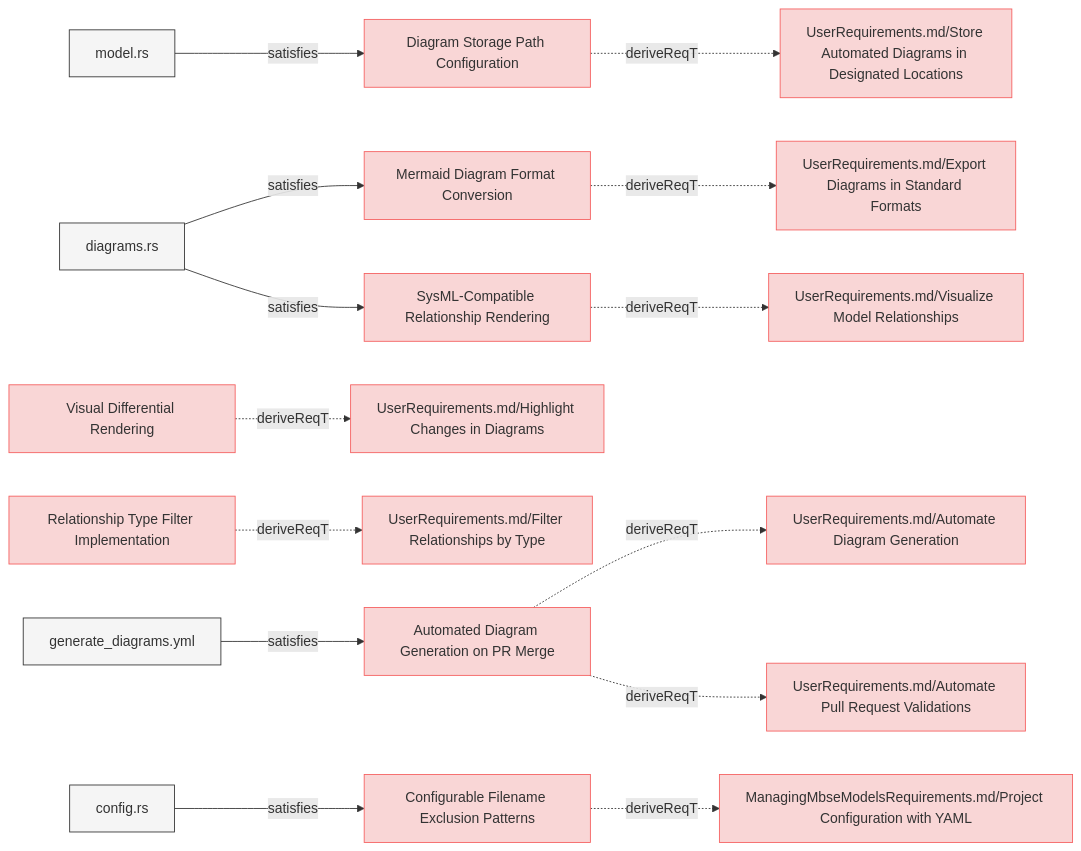
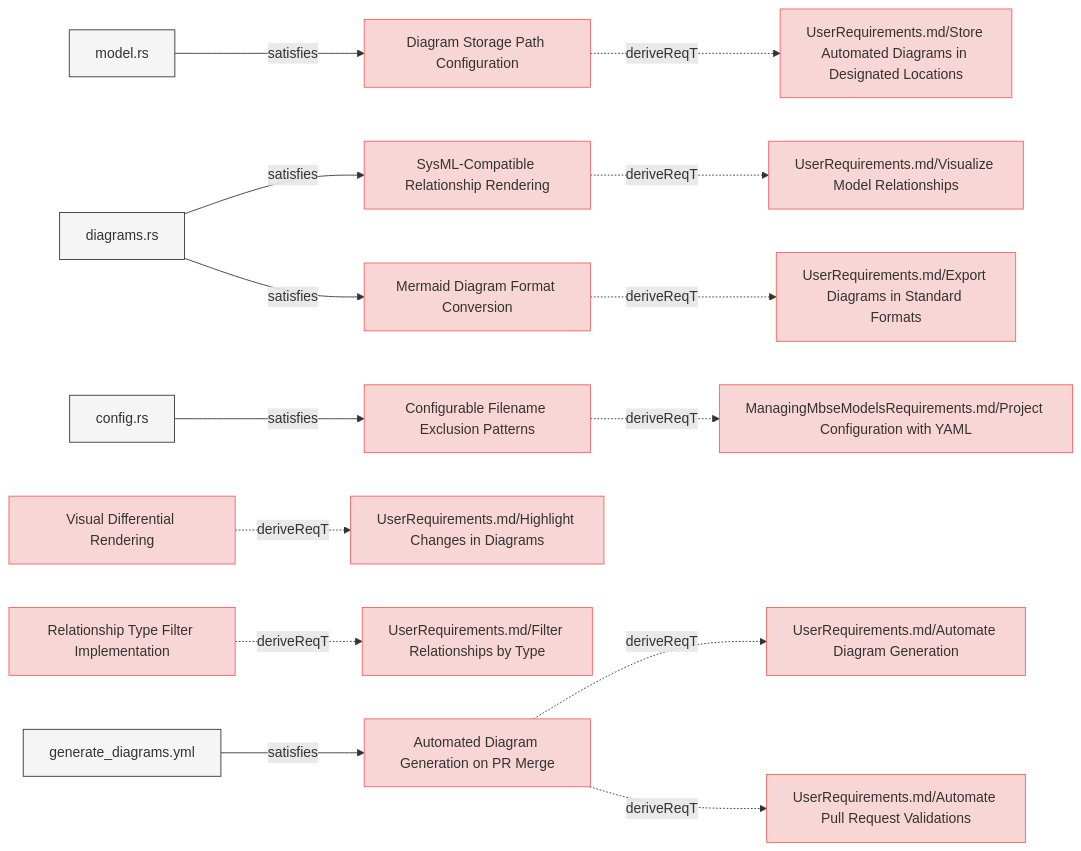
The fifth of 8 diagrams in specifications/SystemRequirements/Requirements.md (reqvire-org/reqvire), drawn with Mermaid before and after one commit. The commit also changed other lines of this file and 16 other files, not shown here.

````diff
--- a/specifications/SystemRequirements/Requirements.md
+++ b/specifications/SystemRequirements/Requirements.md
@@ -507,79 +507,79 @@
 ```mermaid
 graph LR;
   %% Graph styling
   classDef requirement fill:#f9d6d6,stroke:#f55f5f,stroke-width:1px;
   classDef verification fill:#d6f9d6,stroke:#5fd75f,stroke-width:1px;
   classDef externalLink fill:#d0e0ff,stroke:#3080ff,stroke-width:1px;
   classDef default fill:#f5f5f5,stroke:#333333,stroke-width:1px;
 
   cb1ad39c7552a3cd["Diagram Storage Path Configuration"];
-  click cb1ad39c7552a3cd "https://github.com/Reqvire/reqvire/blob/b8c43d2689b933838bf1838d8a4cdf3393c9014f/specifications/SystemRequirements/Requirements.md#diagram-storage-path-configuration";
+  click cb1ad39c7552a3cd "https://github.com/Reqvire/reqvire/blob/92e82ef235559b4819fd85d700024b79b452d8e3/specifications/SystemRequirements/Requirements.md#diagram-storage-path-configuration";
   class cb1ad39c7552a3cd requirement;
   89097c1311055b72["UserRequirements.md/Store Automated Diagrams in Designated Locations"];
   class 89097c1311055b72 requirement;
-  click 89097c1311055b72 "https://github.com/Reqvire/reqvire/blob/b8c43d2689b933838bf1838d8a4cdf3393c9014f/specifications/UserRequirements.md#store-automated-diagrams-in-designated-locations";
+  click 89097c1311055b72 "https://github.com/Reqvire/reqvire/blob/92e82ef235559b4819fd85d700024b79b452d8e3/specifications/UserRequirements.md#store-automated-diagrams-in-designated-locations";
   cb1ad39c7552a3cd -.->|deriveReqT| 89097c1311055b72;
   36fd2b1e82621caf["model.rs"];
   class 36fd2b1e82621caf default;
-  click 36fd2b1e82621caf "https://github.com/Reqvire/reqvire/blob/b8c43d2689b933838bf1838d8a4cdf3393c9014f/core/src/model.rs";
+  click 36fd2b1e82621caf "https://github.com/Reqvire/reqvire/blob/92e82ef235559b4819fd85d700024b79b452d8e3/core/src/model.rs";
   36fd2b1e82621caf -->|satisfies| cb1ad39c7552a3cd;
+  5071808e4276f33a["SysML-Compatible Relationship Rendering"];
+  click 5071808e4276f33a "https://github.com/Reqvire/reqvire/blob/92e82ef235559b4819fd85d700024b79b452d8e3/specifications/SystemRequirements/Requirements.md#sysml-compatible-relationship-rendering";
+  class 5071808e4276f33a requirement;
+  eed0b020b6ddeae1["UserRequirements.md/Visualize Model Relationships"];
+  class eed0b020b6ddeae1 requirement;
+  click eed0b020b6ddeae1 "https://github.com/Reqvire/reqvire/blob/92e82ef235559b4819fd85d700024b79b452d8e3/specifications/UserRequirements.md#visualize-model-relationships";
+  5071808e4276f33a -.->|deriveReqT| eed0b020b6ddeae1;
+  95f7dce6aff47396["diagrams.rs"];
+  class 95f7dce6aff47396 default;
+  click 95f7dce6aff47396 "https://github.com/Reqvire/reqvire/blob/92e82ef235559b4819fd85d700024b79b452d8e3/core/src/diagrams.rs";
+  95f7dce6aff47396 -->|satisfies| 5071808e4276f33a;
   b8208c9b1d6a312a["Mermaid Diagram Format Conversion"];
-  click b8208c9b1d6a312a "https://github.com/Reqvire/reqvire/blob/b8c43d2689b933838bf1838d8a4cdf3393c9014f/specifications/SystemRequirements/Requirements.md#mermaid-diagram-format-conversion";
+  click b8208c9b1d6a312a "https://github.com/Reqvire/reqvire/blob/92e82ef235559b4819fd85d700024b79b452d8e3/specifications/SystemRequirements/Requirements.md#mermaid-diagram-format-conversion";
   class b8208c9b1d6a312a requirement;
   a0274ca0625d8493["UserRequirements.md/Export Diagrams in Standard Formats"];
   class a0274ca0625d8493 requirement;
-  click a0274ca0625d8493 "https://github.com/Reqvire/reqvire/blob/b8c43d2689b933838bf1838d8a4cdf3393c9014f/specifications/UserRequirements.md#export-diagrams-in-standard-formats";
+  click a0274ca0625d8493 "https://github.com/Reqvire/reqvire/blob/92e82ef235559b4819fd85d700024b79b452d8e3/specifications/UserRequirements.md#export-diagrams-in-standard-formats";
   b8208c9b1d6a312a -.->|deriveReqT| a0274ca0625d8493;
-  95f7dce6aff47396["diagrams.rs"];
-  class 95f7dce6aff47396 default;
-  click 95f7dce6aff47396 "https://github.com/Reqvire/reqvire/blob/b8c43d2689b933838bf1838d8a4cdf3393c9014f/core/src/diagrams.rs";
   95f7dce6aff47396 -->|satisfies| b8208c9b1d6a312a;
+  4bf74699f40f4a76["Configurable Filename Exclusion Patterns"];
+  click 4bf74699f40f4a76 "https://github.com/Reqvire/reqvire/blob/92e82ef235559b4819fd85d700024b79b452d8e3/specifications/SystemRequirements/Requirements.md#configurable-filename-exclusion-patterns";
+  class 4bf74699f40f4a76 requirement;
+  b3ef0fb91572bcf0["ManagingMbseModelsRequirements.md/Project Configuration with YAML"];
+  class b3ef0fb91572bcf0 requirement;
+  click b3ef0fb91572bcf0 "https://github.com/Reqvire/reqvire/blob/92e82ef235559b4819fd85d700024b79b452d8e3/specifications/ManagingMbseModelsRequirements.md#project-configuration-with-yaml";
+  4bf74699f40f4a76 -.->|deriveReqT| b3ef0fb91572bcf0;
+  d89f4b0d2edaac20["config.rs"];
+  class d89f4b0d2edaac20 default;
+  click d89f4b0d2edaac20 "https://github.com/Reqvire/reqvire/blob/92e82ef235559b4819fd85d700024b79b452d8e3/cli/src/config.rs";
+  d89f4b0d2edaac20 -->|satisfies| 4bf74699f40f4a76;
   d812c13722abb71d["Visual Differential Rendering"];
-  click d812c13722abb71d "https://github.com/Reqvire/reqvire/blob/b8c43d2689b933838bf1838d8a4cdf3393c9014f/specifications/SystemRequirements/Requirements.md#visual-differential-rendering";
+  click d812c13722abb71d "https://github.com/Reqvire/reqvire/blob/92e82ef235559b4819fd85d700024b79b452d8e3/specifications/SystemRequirements/Requirements.md#visual-differential-rendering";
   class d812c13722abb71d requirement;
   ac914f743d73674e["UserRequirements.md/Highlight Changes in Diagrams"];
   class ac914f743d73674e requirement;
-  click ac914f743d73674e "https://github.com/Reqvire/reqvire/blob/b8c43d2689b933838bf1838d8a4cdf3393c9014f/specifications/UserRequirements.md#highlight-changes-in-diagrams";
+  click ac914f743d73674e "https://github.com/Reqvire/reqvire/blob/92e82ef235559b4819fd85d700024b79b452d8e3/specifications/UserRequirements.md#highlight-changes-in-diagrams";
   d812c13722abb71d -.->|deriveReqT| ac914f743d73674e;
-  5071808e4276f33a["SysML-Compatible Relationship Rendering"];
-  click 5071808e4276f33a "https://github.com/Reqvire/reqvire/blob/b8c43d2689b933838bf1838d8a4cdf3393c9014f/specifications/SystemRequirements/Requirements.md#sysml-compatible-relationship-rendering";
-  class 5071808e4276f33a requirement;
-  eed0b020b6ddeae1["UserRequirements.md/Visualize Model Relationships"];
-  class eed0b020b6ddeae1 requirement;
-  click eed0b020b6ddeae1 "https://github.com/Reqvire/reqvire/blob/b8c43d2689b933838bf1838d8a4cdf3393c9014f/specifications/UserRequirements.md#visualize-model-relationships";
-  5071808e4276f33a -.->|deriveReqT| eed0b020b6ddeae1;
-  95f7dce6aff47396 -->|satisfies| 5071808e4276f33a;
   bd72564894314bf6["Relationship Type Filter Implementation"];
-  click bd72564894314bf6 "https://github.com/Reqvire/reqvire/blob/b8c43d2689b933838bf1838d8a4cdf3393c9014f/specifications/SystemRequirements/Requirements.md#relationship-type-filter-implementation";
+  click bd72564894314bf6 "https://github.com/Reqvire/reqvire/blob/92e82ef235559b4819fd85d700024b79b452d8e3/specifications/SystemRequirements/Requirements.md#relationship-type-filter-implementation";
   class bd72564894314bf6 requirement;
   66e9d8186acafd13["UserRequirements.md/Filter Relationships by Type"];
   class 66e9d8186acafd13 requirement;
-  click 66e9d8186acafd13 "https://github.com/Reqvire/reqvire/blob/b8c43d2689b933838bf1838d8a4cdf3393c9014f/specifications/UserRequirements.md#filter-relationships-by-type";
+  click 66e9d8186acafd13 "https://github.com/Reqvire/reqvire/blob/92e82ef235559b4819fd85d700024b79b452d8e3/specifications/UserRequirements.md#filter-relationships-by-type";
   bd72564894314bf6 -.->|deriveReqT| 66e9d8186acafd13;
   793154acc336992c["Automated Diagram Generation on PR Merge"];
-  click 793154acc336992c "https://github.com/Reqvire/reqvire/blob/b8c43d2689b933838bf1838d8a4cdf3393c9014f/specifications/SystemRequirements/Requirements.md#automated-diagram-generation-on-pr-merge";
+  click 793154acc336992c "https://github.com/Reqvire/reqvire/blob/92e82ef235559b4819fd85d700024b79b452d8e3/specifications/SystemRequirements/Requirements.md#automated-diagram-generation-on-pr-merge";
   class 793154acc336992c requirement;
   c522cf4c404bdc24["UserRequirements.md/Automate Diagram Generation"];
   class c522cf4c404bdc24 requirement;
-  click c522cf4c404bdc24 "https://github.com/Reqvire/reqvire/blob/b8c43d2689b933838bf1838d8a4cdf3393c9014f/specifications/UserRequirements.md#automate-diagram-generation";
+  click c522cf4c404bdc24 "https://github.com/Reqvire/reqvire/blob/92e82ef235559b4819fd85d700024b79b452d8e3/specifications/UserRequirements.md#automate-diagram-generation";
   793154acc336992c -.->|deriveReqT| c522cf4c404bdc24;
   b41f362e18fb2449["UserRequirements.md/Automate Pull Request Validations"];
   class b41f362e18fb2449 requirement;
-  click b41f362e18fb2449 "https://github.com/Reqvire/reqvire/blob/b8c43d2689b933838bf1838d8a4cdf3393c9014f/specifications/UserRequirements.md#automate-pull-request-validations";
+  click b41f362e18fb2449 "https://github.com/Reqvire/reqvire/blob/92e82ef235559b4819fd85d700024b79b452d8e3/specifications/UserRequirements.md#automate-pull-request-validations";
   793154acc336992c -.->|deriveReqT| b41f362e18fb2449;
   fdd29f919065644d["generate_diagrams.yml"];
   class fdd29f919065644d default;
-  click fdd29f919065644d "https://github.com/Reqvire/reqvire/blob/b8c43d2689b933838bf1838d8a4cdf3393c9014f/.github/workflows/generate_diagrams.yml";
+  click fdd29f919065644d "https://github.com/Reqvire/reqvire/blob/92e82ef235559b4819fd85d700024b79b452d8e3/.github/workflows/generate_diagrams.yml";
   fdd29f919065644d -->|satisfies| 793154acc336992c;
-  4bf74699f40f4a76["Configurable Filename Exclusion Patterns"];
-  click 4bf74699f40f4a76 "https://github.com/Reqvire/reqvire/blob/b8c43d2689b933838bf1838d8a4cdf3393c9014f/specifications/SystemRequirements/Requirements.md#configurable-filename-exclusion-patterns";
-  class 4bf74699f40f4a76 requirement;
-  b3ef0fb91572bcf0["ManagingMbseModelsRequirements.md/Project Configuration with YAML"];
-  class b3ef0fb91572bcf0 requirement;
-  click b3ef0fb91572bcf0 "https://github.com/Reqvire/reqvire/blob/b8c43d2689b933838bf1838d8a4cdf3393c9014f/specifications/ManagingMbseModelsRequirements.md#project-configuration-with-yaml";
-  4bf74699f40f4a76 -.->|deriveReqT| b3ef0fb91572bcf0;
-  d89f4b0d2edaac20["config.rs"];
-  class d89f4b0d2edaac20 default;
-  click d89f4b0d2edaac20 "https://github.com/Reqvire/reqvire/blob/b8c43d2689b933838bf1838d8a4cdf3393c9014f/cli/src/config.rs";
-  d89f4b0d2edaac20 -->|satisfies| 4bf74699f40f4a76;
 ```
````
